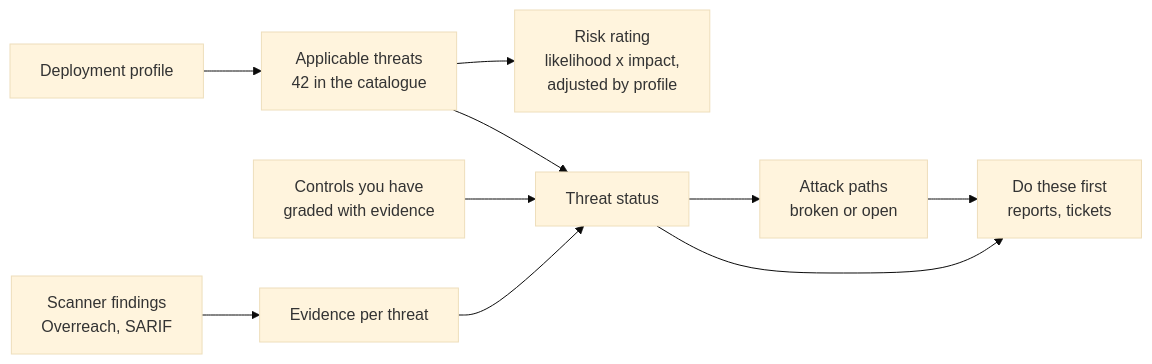
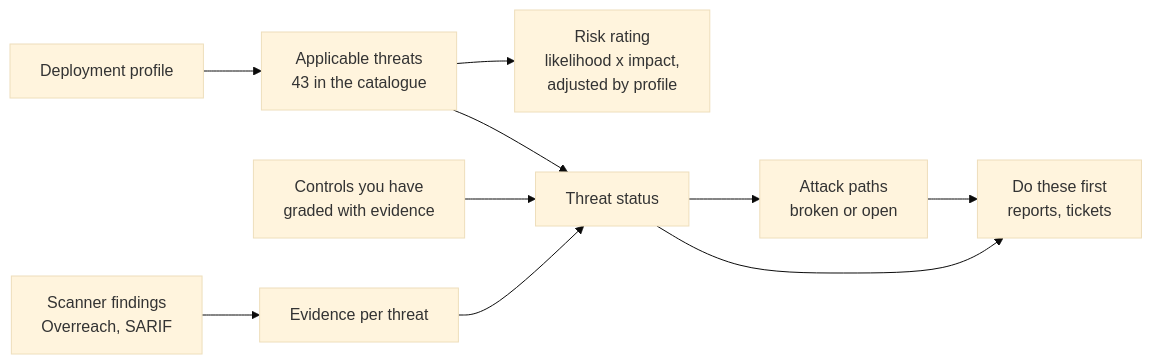
Before and after one commit to bogdanticu88/agent-threat-workbench: the diagram in README.md, drawn with Mermaid (base theme). The commit also changed other lines of this file and 7 other files, not shown here.

````diff
--- a/README.md
+++ b/README.md
@@ -14,12 +14,12 @@
 ```mermaid
 flowchart LR
-  P[Deployment profile] --> T[Applicable threats<br/>42 in the catalogue]
+  P[Deployment profile] --> T[Applicable threats<br/>43 in the catalogue]
   T --> R[Risk rating<br/>likelihood x impact,<br/>adjusted by profile]
   C[Controls you have<br/>graded with evidence] --> S[Threat status]
   T --> S
   S --> A[Attack paths<br/>broken or open]
   F[Scanner findings<br/>Overreach, SARIF] --> E[Evidence per threat]
   E --> S
   A --> O[Do these first<br/>reports, tickets]
   S --> O
 ```
````
